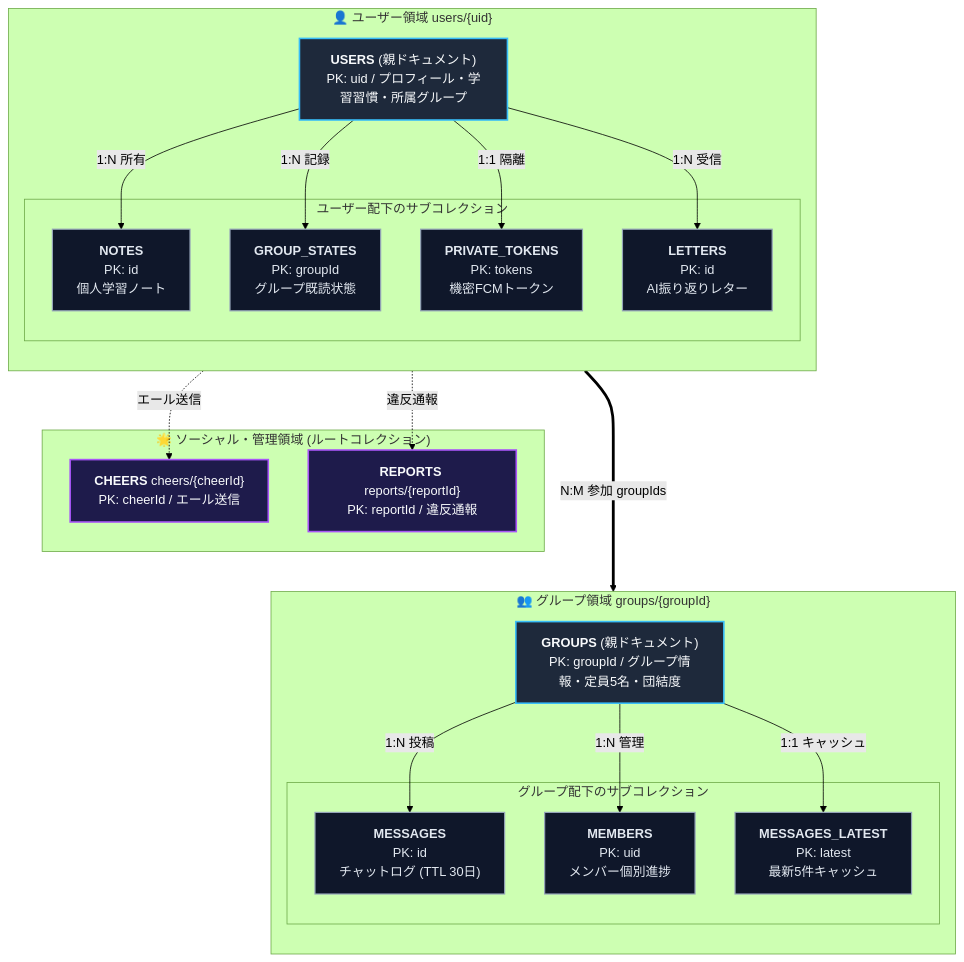
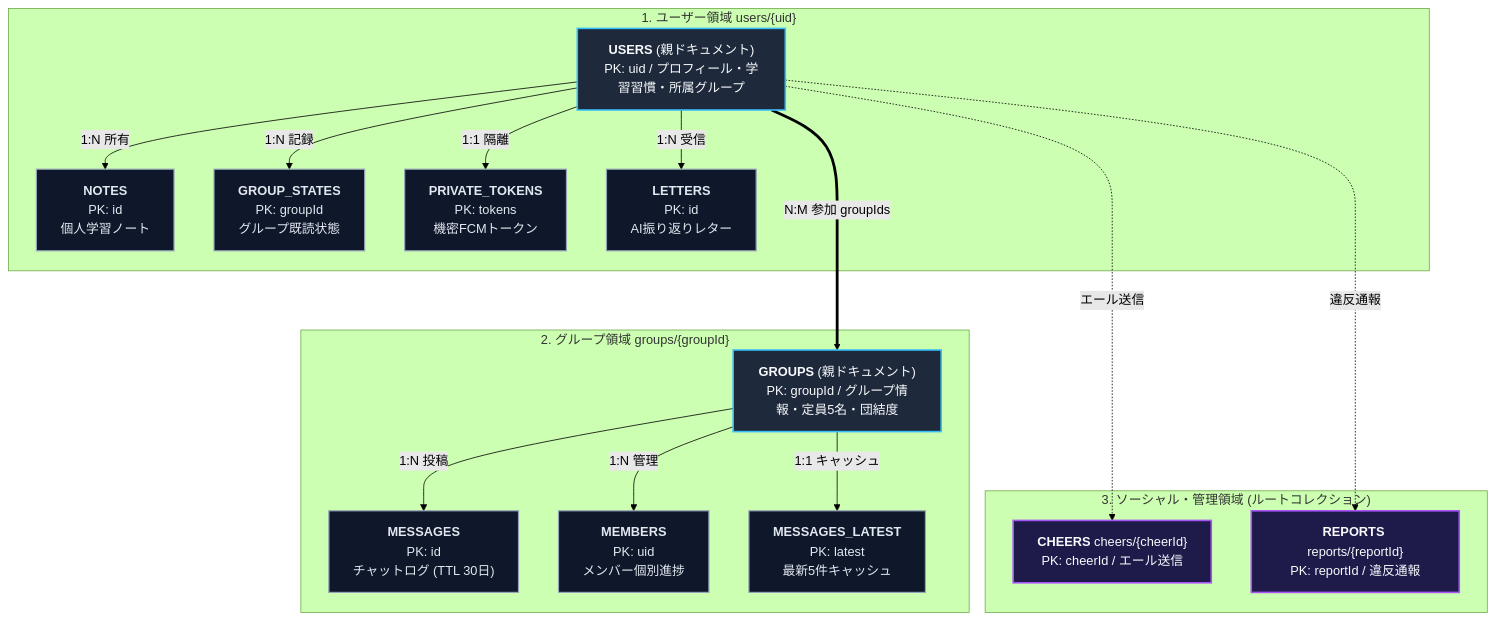
The first of 2 diagrams in docs/ja/database-security.md (ScriptureHabit/scripture-habit), drawn with Mermaid (forest theme) before and after one commit. The commit also changed 1 other file, not shown here.

Commit message:
docs: strictly order ER layout vertically (User -> Group -> Social)

````diff
--- a/docs/ja/database-security.md
+++ b/docs/ja/database-security.md
@@ -11,47 +11,43 @@
 ```mermaid
 flowchart TD
     classDef main fill:#1e293b,stroke:#38bdf8,stroke-width:2px,color:#f8fafc;
     classDef sub fill:#0f172a,stroke:#94a3b8,stroke-width:1.5px,color:#e2e8f0;
     classDef social fill:#1e1b4b,stroke:#a855f7,stroke-width:2px,color:#f8fafc;
 
-    subgraph UserDomain["👤 ユーザー領域 users/{uid}"]
-        direction TB
+    subgraph UserDomain["1. ユーザー領域 users/{uid}"]
         USERS["<b>USERS</b> (親ドキュメント)<br/>PK: uid / プロフィール・学習習慣・所属グループ"]:::main
 
-        subgraph UserSubs["ユーザー配下のサブコレクション"]
-            NOTES["<b>NOTES</b><br/>PK: id<br/>個人学習ノート"]:::sub
-            GROUP_STATES["<b>GROUP_STATES</b><br/>PK: groupId<br/>グループ既読状態"]:::sub
-            PRIVATE_TOKENS["<b>PRIVATE_TOKENS</b><br/>PK: tokens<br/>機密FCMトークン"]:::sub
-            LETTERS["<b>LETTERS</b><br/>PK: id<br/>AI振り返りレター"]:::sub
-        end
+        NOTES["<b>NOTES</b><br/>PK: id<br/>個人学習ノート"]:::sub
+        GROUP_STATES["<b>GROUP_STATES</b><br/>PK: groupId<br/>グループ既読状態"]:::sub
+        PRIVATE_TOKENS["<b>PRIVATE_TOKENS</b><br/>PK: tokens<br/>機密FCMトークン"]:::sub
+        LETTERS["<b>LETTERS</b><br/>PK: id<br/>AI振り返りレター"]:::sub
 
         USERS -->|1:N 所有| NOTES
         USERS -->|1:N 記録| GROUP_STATES
         USERS -->|1:1 隔離| PRIVATE_TOKENS
         USERS -->|1:N 受信| LETTERS
     end
 
-    subgraph GroupDomain["👥 グループ領域 groups/{groupId}"]
-        direction TB
+    subgraph GroupDomain["2. グループ領域 groups/{groupId}"]
         GROUPS["<b>GROUPS</b> (親ドキュメント)<br/>PK: groupId / グループ情報・定員5名・団結度"]:::main
 
-        subgraph GroupSubs["グループ配下のサブコレクション"]
-            MESSAGES["<b>MESSAGES</b><br/>PK: id<br/>チャットログ (TTL 30日)"]:::sub
-            MEMBERS["<b>MEMBERS</b><br/>PK: uid<br/>メンバー個別進捗"]:::sub
-            MESSAGES_LATEST["<b>MESSAGES_LATEST</b><br/>PK: latest<br/>最新5件キャッシュ"]:::sub
-        end
+        MESSAGES["<b>MESSAGES</b><br/>PK: id<br/>チャットログ (TTL 30日)"]:::sub
+        MEMBERS["<b>MEMBERS</b><br/>PK: uid<br/>メンバー個別進捗"]:::sub
+        MESSAGES_LATEST["<b>MESSAGES_LATEST</b><br/>PK: latest<br/>最新5件キャッシュ"]:::sub
 
         GROUPS -->|1:N 投稿| MESSAGES
         GROUPS -->|1:N 管理| MEMBERS
         GROUPS -->|1:1 キャッシュ| MESSAGES_LATEST
     end
 
-    subgraph SocialDomain["🌟 ソーシャル・管理領域 (ルートコレクション)"]
+    subgraph SocialDomain["3. ソーシャル・管理領域 (ルートコレクション)"]
         CHEERS["<b>CHEERS</b> cheers/{cheerId}<br/>PK: cheerId / エール送信"]:::social
         REPORTS["<b>REPORTS</b> reports/{reportId}<br/>PK: reportId / 違反通報"]:::social
     end
 
     USERS ===>|N:M 参加 groupIds| GROUPS
+    GROUPS ~~~ CHEERS
+    GROUPS ~~~ REPORTS
     USERS -.->|エール送信| CHEERS
     USERS -.->|違反通報| REPORTS
 ```
````
